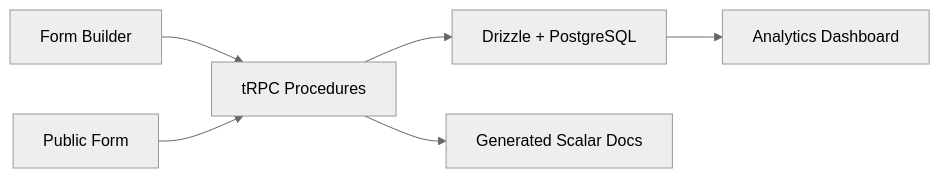
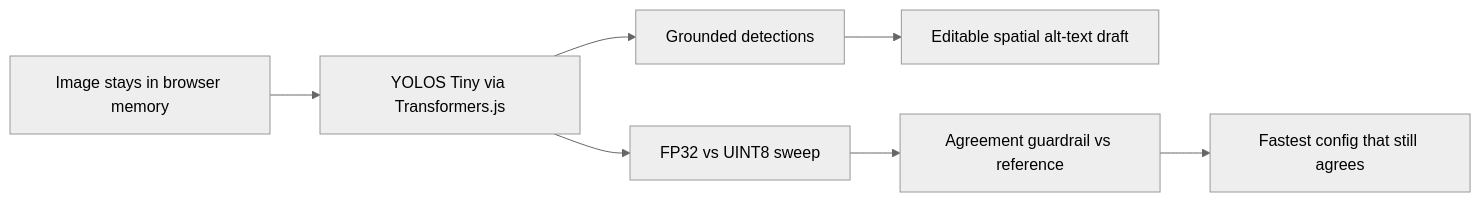
Before and after one commit to himanshu748/himanshu748: the third of 3 diagrams in README.md, drawn with Mermaid (neutral theme). The commit also changed other lines of this file, not shown here.

````diff
--- a/README.md
+++ b/README.md
@@ -221,8 +241,9 @@
 ```mermaid
 flowchart LR
-  BUILDER["Form Builder"] --> TRPC["tRPC Procedures"]
-  PUBLIC["Public Form"] --> TRPC
-  TRPC --> DB["Drizzle + PostgreSQL"]
-  DB --> ANALYTICS["Analytics Dashboard"]
-  TRPC --> DOCS["Generated Scalar Docs"]
+  IMG["Image stays in browser memory"] --> MODEL["YOLOS Tiny via Transformers.js"]
+  MODEL --> DET["Grounded detections"]
+  DET --> ALT["Editable spatial alt-text draft"]
+  MODEL --> SWEEP["FP32 vs UINT8 sweep"]
+  SWEEP --> GUARD["Agreement guardrail vs reference"]
+  GUARD --> PICK["Fastest config that still agrees"]
 ```
````
